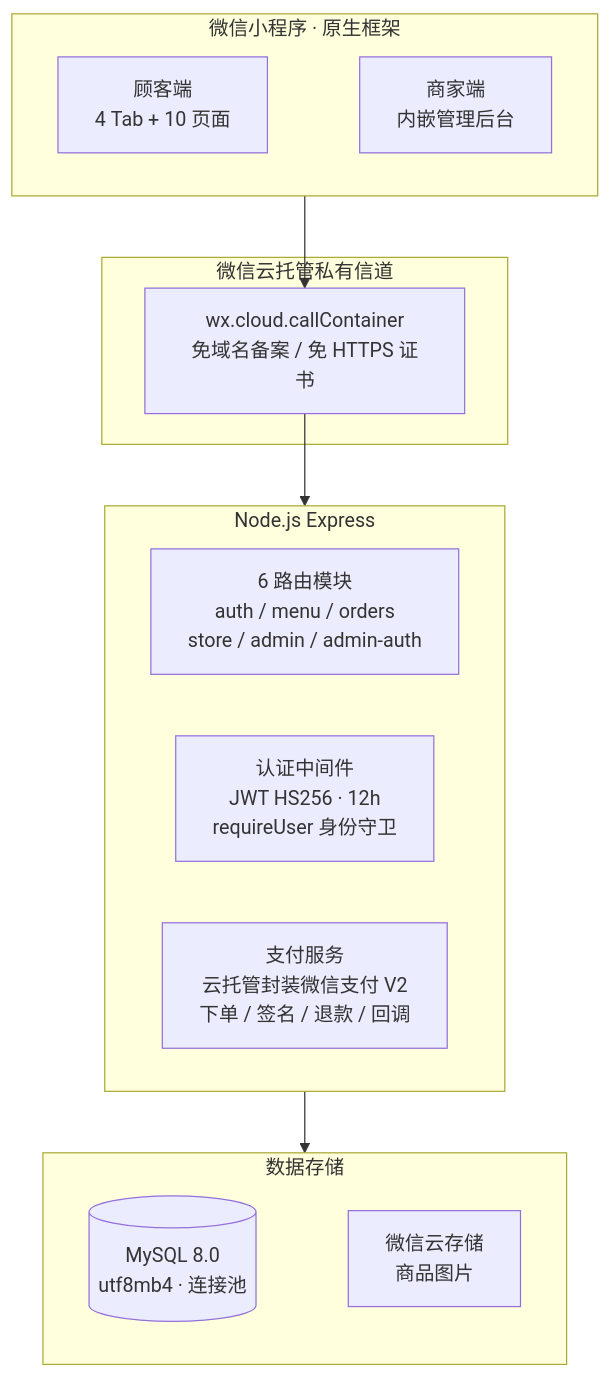
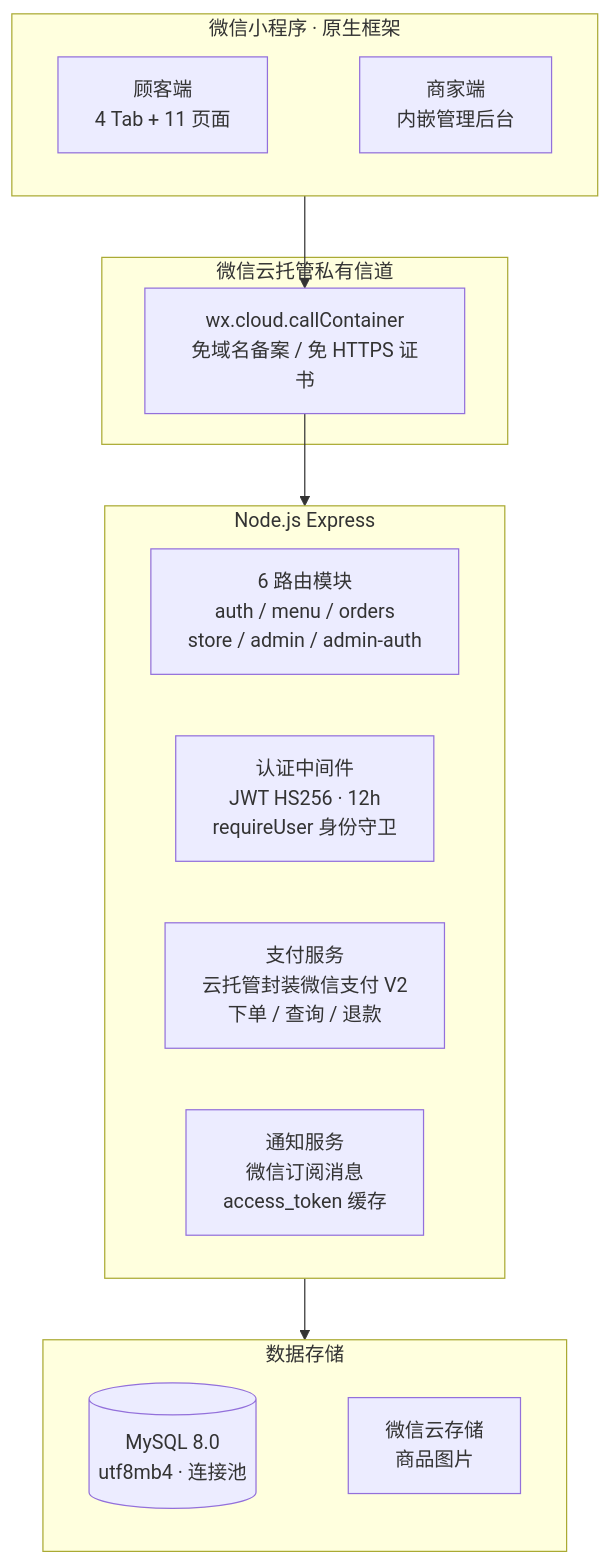
The second of 4 diagrams in README.md (zip-Wu/tasty_bakery), drawn with Mermaid before and after one commit. The commit also changed other lines of this file and 8 other files, not shown here.

````diff
--- a/README.md
+++ b/README.md
@@ -119,26 +167,27 @@
 ```mermaid
 flowchart TB
     subgraph 小程序端["微信小程序 · 原生框架"]
         direction LR
-        CUST["顾客端<br/>4 Tab + 10 页面"] ~~~ ADM["商家端<br/>内嵌管理后台"]
+        CUST["顾客端<br/>4 Tab + 11 页面"] ~~~ ADM["商家端<br/>内嵌管理后台"]
     end
 
     subgraph 通信层["微信云托管私有信道"]
         CC["wx.cloud.callContainer<br/>免域名备案 / 免 HTTPS 证书"]
     end
 
     subgraph 服务端["Node.js Express"]
         direction LR
         RT["6 路由模块<br/>auth / menu / orders<br/>store / admin / admin-auth"]
         MW["认证中间件<br/>JWT HS256 · 12h<br/>requireUser 身份守卫"]
-        PAY["支付服务<br/>云托管封装微信支付 V2<br/>下单 / 签名 / 退款 / 回调"]
+        PAY["支付服务<br/>云托管封装微信支付 V2<br/>下单 / 查询 / 退款"]
+        NOTIFY["通知服务<br/>微信订阅消息<br/>access_token 缓存"]
     end
 
     subgraph 数据层["数据存储"]
         direction LR
         DB[("MySQL 8.0<br/>utf8mb4 · 连接池")] ~~~ COS["微信云存储<br/>商品图片"]
     end
 
     小程序端 --> CC --> 服务端
     服务端 --> 数据层
 ```
````
